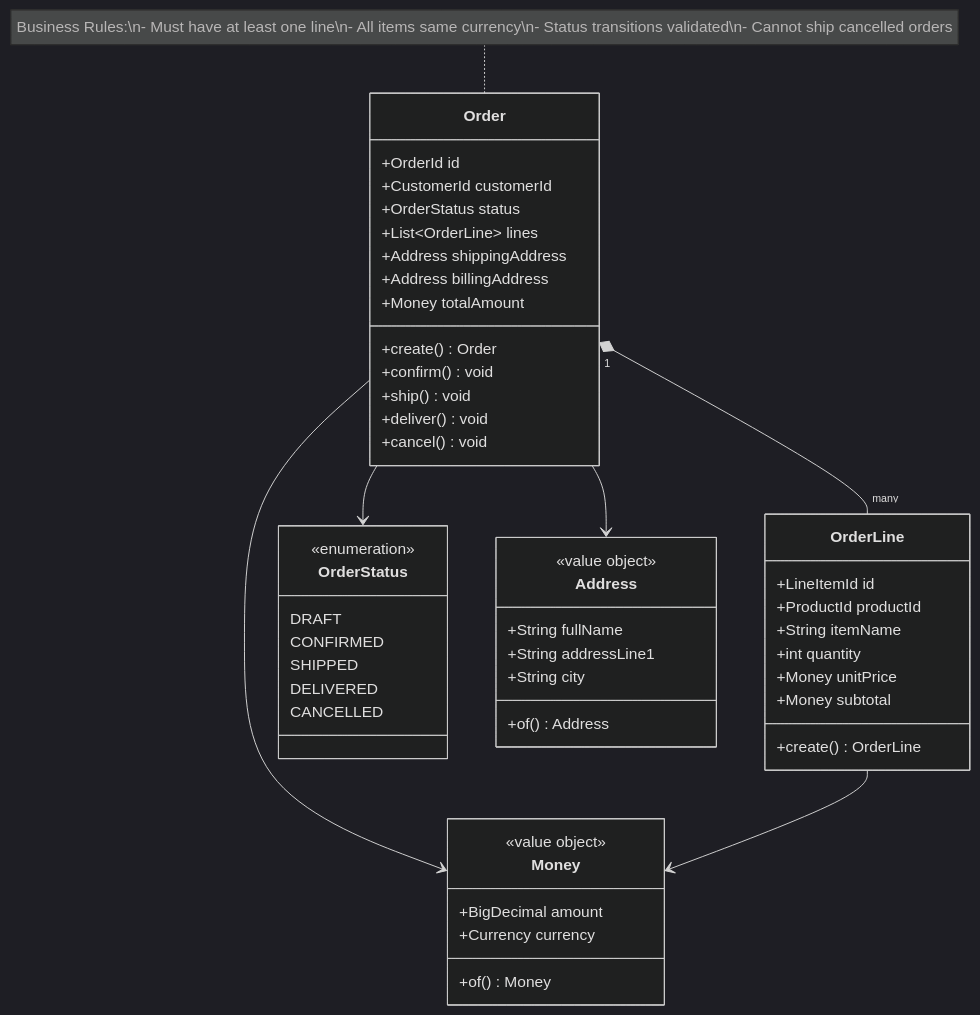
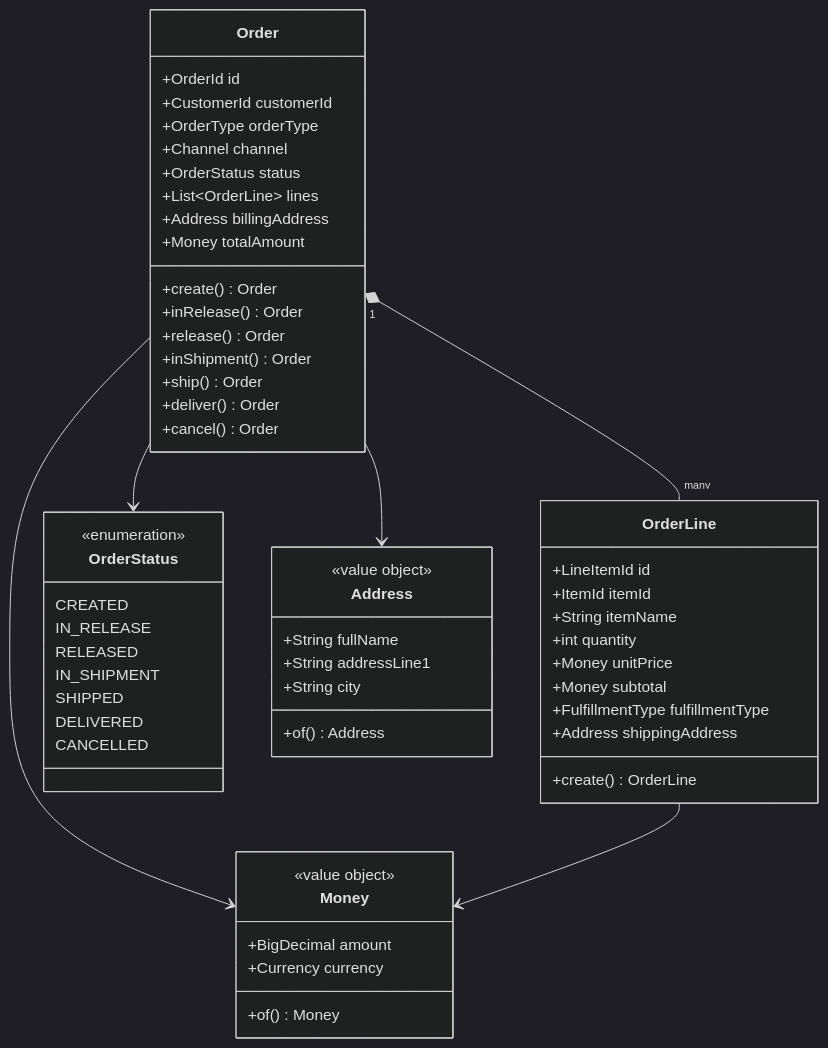
One commit to bala-elangovan/order-service changed the second of 5 diagrams in README.md. Above: the diagram before and after it, drawn with Mermaid (dark theme). The commit also changed other lines of this file and 9 other files, not shown here.

First line of the commit message:
feat: Add partial fulfillment order states (IN_RELEASE, RELEASED, IN_SHIPMENT)

````diff
--- a/README.md
+++ b/README.md
@@ -121,59 +121,64 @@
 ```mermaid
 classDiagram
     class Order {
         +OrderId id
         +CustomerId customerId
+        +OrderType orderType
+        +Channel channel
         +OrderStatus status
         +List~OrderLine~ lines
-        +Address shippingAddress
         +Address billingAddress
         +Money totalAmount
         +create() Order
-        +confirm() void
-        +ship() void
-        +deliver() void
-        +cancel() void
+        +inRelease() Order
+        +release() Order
+        +inShipment() Order
+        +ship() Order
+        +deliver() Order
+        +cancel() Order
     }
 
     class OrderLine {
         +LineItemId id
-        +ProductId productId
+        +ItemId itemId
         +String itemName
         +int quantity
         +Money unitPrice
         +Money subtotal
+        +FulfillmentType fulfillmentType
+        +Address shippingAddress
         +create() OrderLine
     }
 
     class OrderStatus {
         <<enumeration>>
-        DRAFT
-        CONFIRMED
+        CREATED
+        IN_RELEASE
+        RELEASED
+        IN_SHIPMENT
         SHIPPED
         DELIVERED
         CANCELLED
     }
 
     class Money {
         <<value object>>
         +BigDecimal amount
         +Currency currency
         +of() Money
     }
 
     class Address {
         <<value object>>
         +String fullName
         +String addressLine1
         +String city
         +of() Address
     }
 
     Order "1" *-- "many" OrderLine
     Order --> OrderStatus
     Order --> Money
     Order --> Address
     OrderLine --> Money
-
-    note for Order "Business Rules:\n- Must have at least one line\n- All items same currency\n- Status transitions validated\n- Cannot ship cancelled orders"
 ```
````
